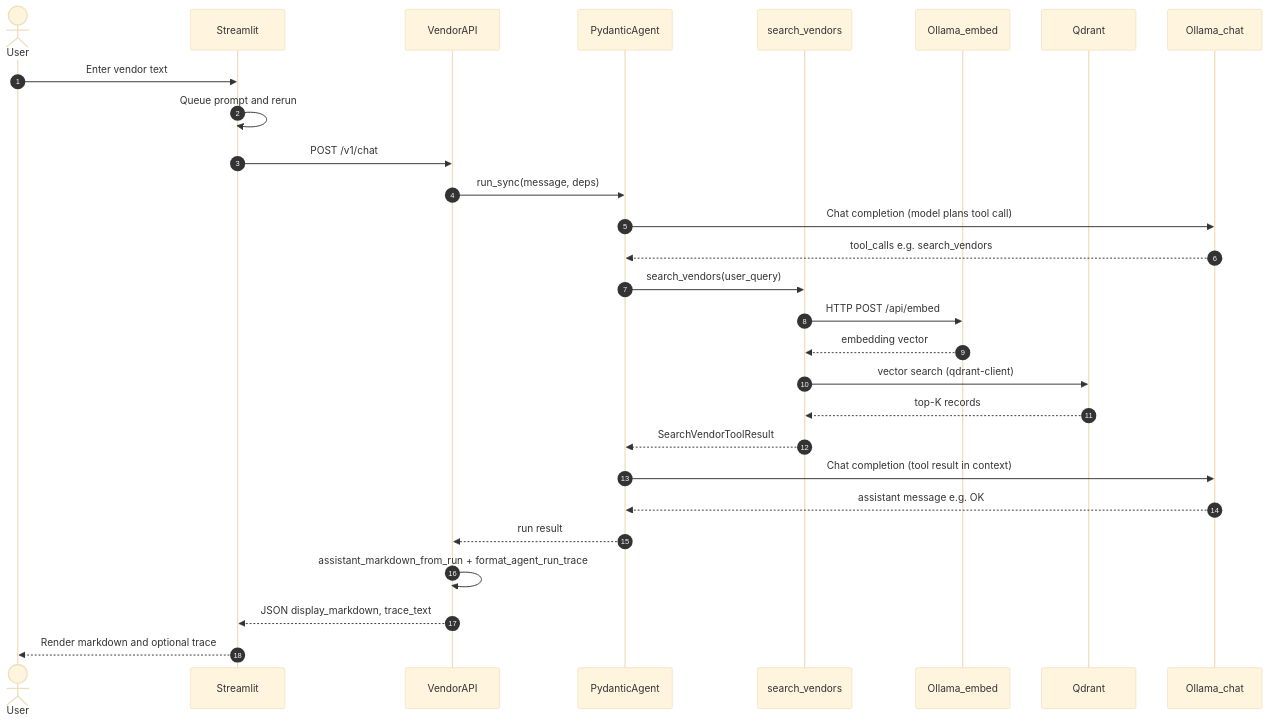
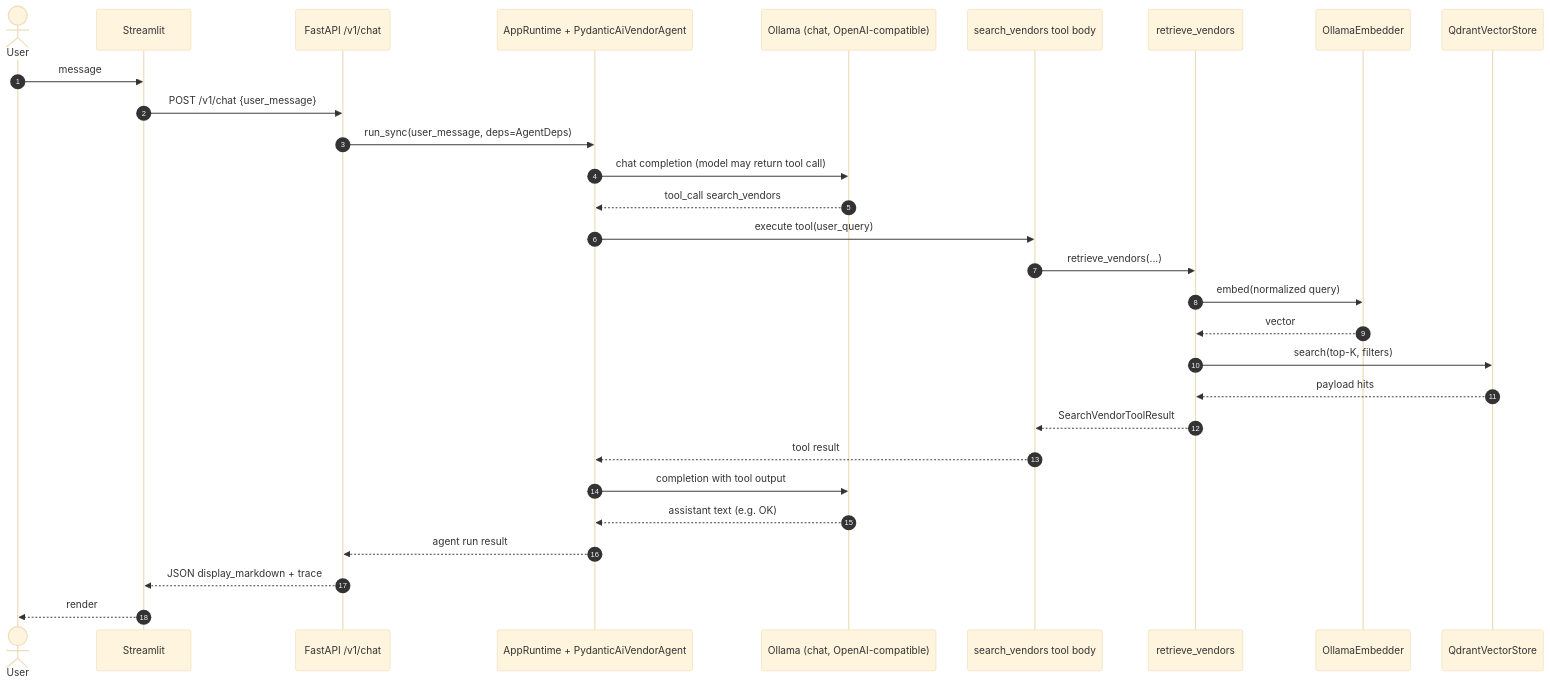
The second of 4 diagrams in docs/architecture.md (deepanbiswas/vendor-lookup-rag), drawn with Mermaid (base theme) before and after one commit. The commit also changed other lines of this file and 8 other files, not shown here.

First line of the commit message:
docs: README, SDD spec, plan merge, architecture; remove duplicate plan

````diff
--- a/docs/architecture.md
+++ b/docs/architecture.md
@@ -125,31 +102,32 @@
 ```mermaid
 sequenceDiagram
-    autonumber
-    actor User
-    participant St as Streamlit
-    participant Api as VendorAPI
-    participant Agent as PydanticAgent
-    participant Tool as search_vendors
-    participant Oe as Ollama_embed
-    participant Qd as Qdrant
-    participant Oc as Ollama_chat
+  autonumber
+  actor User
+  participant ST as Streamlit
+  participant API as FastAPI /v1/chat
+  participant RUN as AppRuntime + PydanticAiVendorAgent
+  participant CH as Ollama (chat, OpenAI-compatible)
+  participant T as search_vendors tool body
+  participant R as retrieve_vendors
+  participant E as OllamaEmbedder
+  participant Q as QdrantVectorStore
 
-    User->>St: Enter vendor text
-    St->>St: Queue prompt and rerun
-    St->>Api: POST /v1/chat
-    Api->>Agent: run_sync(message, deps)
-    Agent->>Oc: Chat completion (model plans tool call)
-    Oc-->>Agent: tool_calls e.g. search_vendors
-    Agent->>Tool: search_vendors(user_query)
-    Tool->>Oe: HTTP POST /api/embed
-    Oe-->>Tool: embedding vector
-    Tool->>Qd: vector search (qdrant-client)
-    Qd-->>Tool: top-K records
-    Tool-->>Agent: SearchVendorToolResult
-    Agent->>Oc: Chat completion (tool result in context)
-    Oc-->>Agent: assistant message e.g. OK
-    Agent-->>Api: run result
-    Api->>Api: assistant_markdown_from_run + format_agent_run_trace
-    Api-->>St: JSON display_markdown, trace_text
-    St-->>User: Render markdown and optional trace
+  User->>ST: message
+  ST->>API: POST /v1/chat {user_message}
+  API->>RUN: run_sync(user_message, deps=AgentDeps)
+  RUN->>CH: chat completion (model may return tool call)
+  CH-->>RUN: tool_call search_vendors
+  RUN->>T: execute tool(user_query)
+  T->>R: retrieve_vendors(...)
+  R->>E: embed(normalized query)
+  E-->>R: vector
+  R->>Q: search(top-K, filters)
+  Q-->>R: payload hits
+  R-->>T: SearchVendorToolResult
+  T-->>RUN: tool result
+  RUN->>CH: completion with tool output
+  CH-->>RUN: assistant text (e.g. OK)
+  RUN-->>API: agent run result
+  API-->>ST: JSON display_markdown + trace
+  ST-->>User: render
 ```
````
